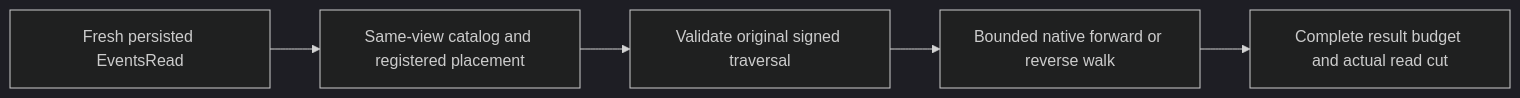
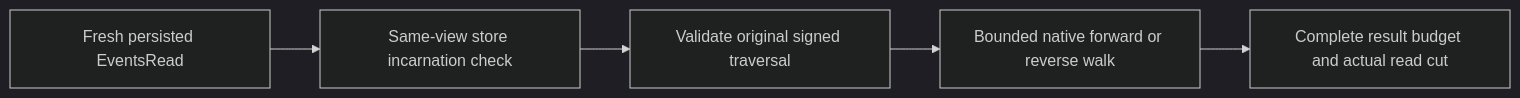
The second of 2 diagrams in docs/ADR/ADR-025-event-revision-feed-positions.md (managedcode/KeyLoad), drawn with Mermaid (dark theme) before and after one commit. The commit also changed other lines of this file and 7356 other files, not shown here.

````diff
--- a/docs/ADR/ADR-025-event-revision-feed-positions.md
+++ b/docs/ADR/ADR-025-event-revision-feed-positions.md
@@ -56,7 +57,7 @@
 ```mermaid
 flowchart LR
-    Auth[Fresh persisted EventsRead] --> Owner[Same-view catalog and registered placement]
+    Auth[Fresh persisted EventsRead] --> Owner[Same-view store incarnation check]
     Owner --> Token[Validate original signed traversal]
     Token --> Native[Bounded native forward or reverse walk]
     Native --> Result[Complete result budget and actual read cut]
 ```
````
